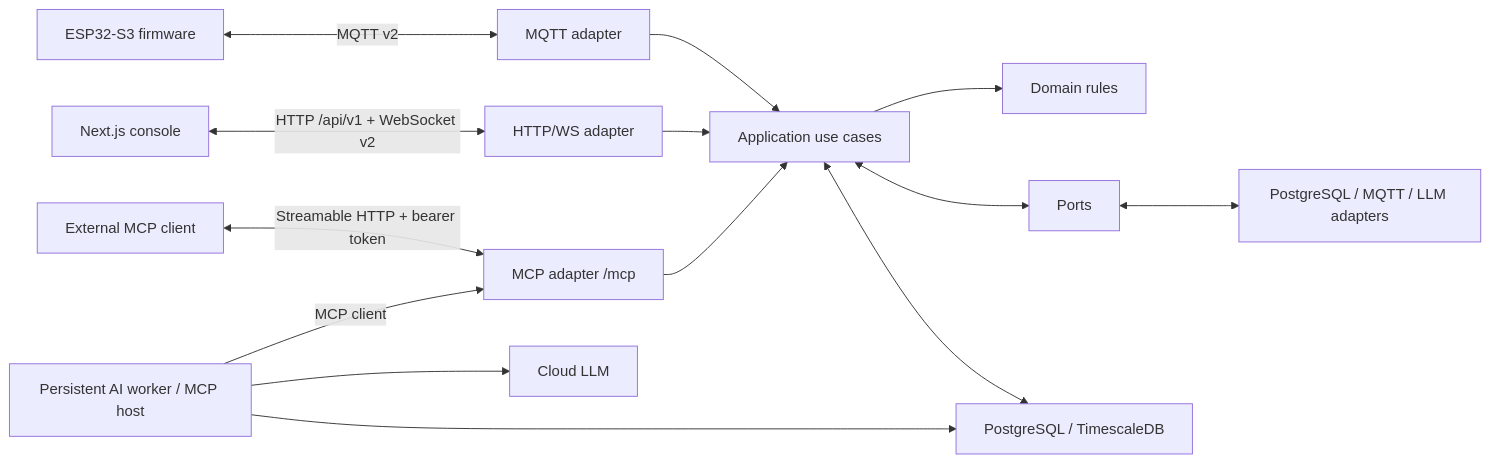
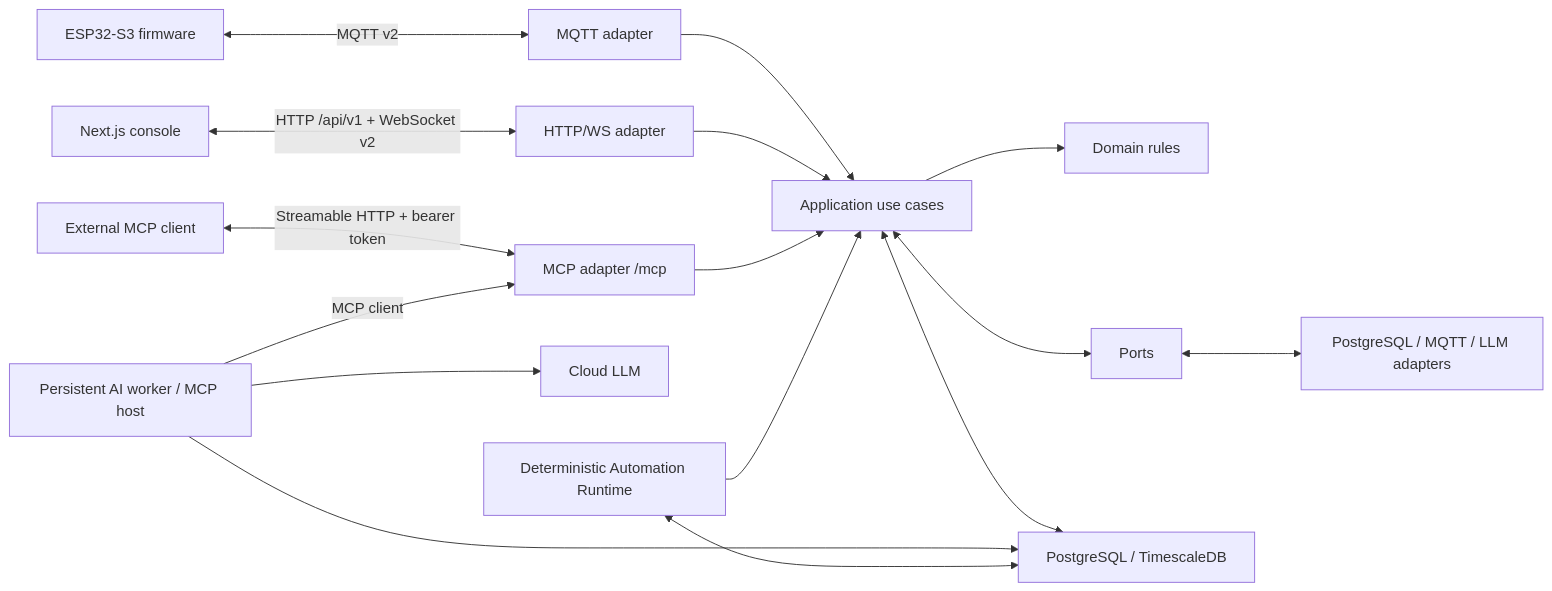
Before and after one commit to Lshap27/IoTCmpt: the first of 2 diagrams in docs/architecture.md, drawn with Mermaid. The commit also changed other lines of this file and 59 other files, not shown here.

Commit message:
feat: add AI automation plans and local runtime

````diff
--- a/docs/architecture.md
+++ b/docs/architecture.md
@@ -5,16 +5,18 @@
 ```mermaid
 flowchart LR
     FW["ESP32-S3 firmware"] <-->|"MQTT v2"| MA["MQTT adapter"]
     WEB["Next.js console"] <-->|"HTTP /api/v1 + WebSocket v2"| HA["HTTP/WS adapter"]
     EXT["External MCP client"] <-->|"Streamable HTTP + bearer token"| MCP["MCP adapter /mcp"]
     MA --> APP["Application use cases"]
     HA --> APP
     MCP --> APP
     APP --> DOMAIN["Domain rules"]
     APP <--> PORTS["Ports"]
     PORTS <--> ADAPTERS["PostgreSQL / MQTT / LLM adapters"]
     APP <--> DB["PostgreSQL / TimescaleDB"]
     WORKER["Persistent AI worker / MCP host"] --> LLM["Cloud LLM"]
     WORKER -->|"MCP client"| MCP
     WORKER --> DB
+    RUNTIME["Deterministic Automation Runtime"] --> APP
+    RUNTIME <--> DB
 ```
````
